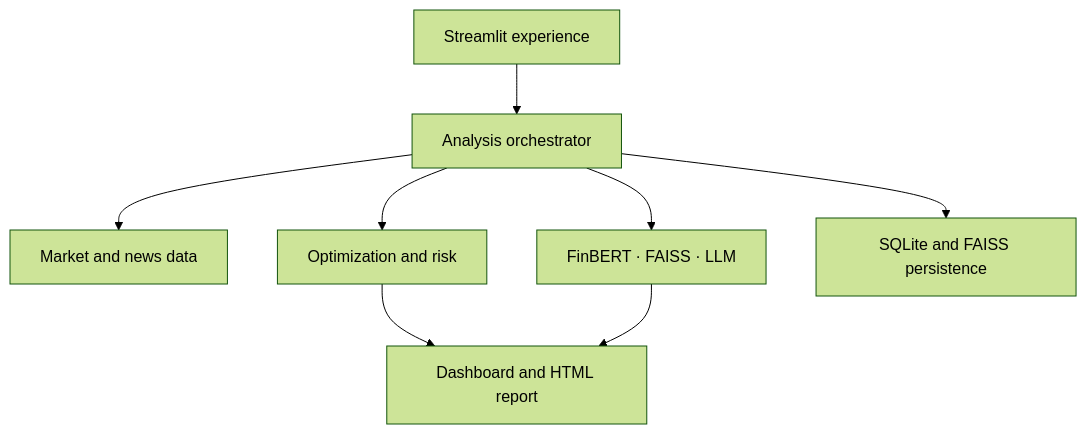
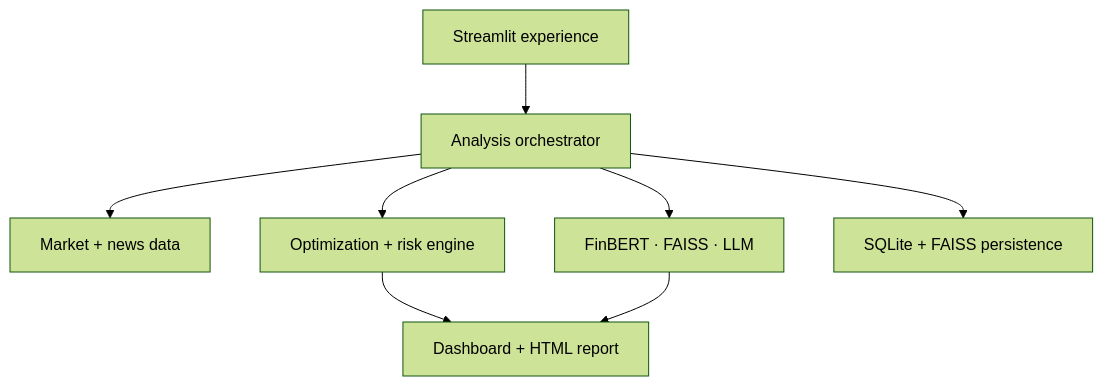
One commit to Parmodk2310/AI-Powered-Portfolio-Optimizer changed the first of 2 diagrams in README.md. Above: the diagram before and after it, drawn with Mermaid (forest theme). The commit also changed other lines of this file, not shown here.

````diff
--- a/README.md
+++ b/README.md
@@ -77,10 +84,10 @@
 ```mermaid
 flowchart TB
     U["Streamlit experience"] --> O["Analysis orchestrator"]
-    O --> M["Market and news data"]
-    O --> Q["Optimization and risk"]
+    O --> M["Market + news data"]
+    O --> Q["Optimization + risk engine"]
     O --> A["FinBERT · FAISS · LLM"]
-    Q --> R["Dashboard and HTML report"]
+    Q --> R["Dashboard + HTML report"]
     A --> R
-    O --> P["SQLite and FAISS persistence"]
+    O --> P["SQLite + FAISS persistence"]
 ```
````
